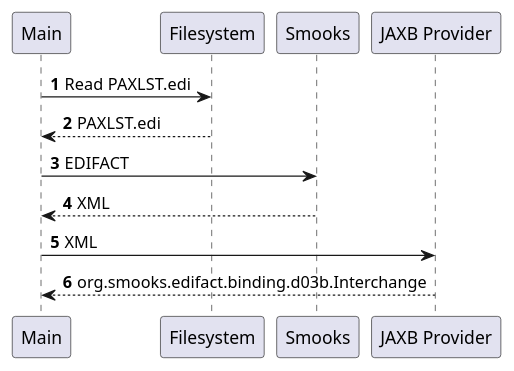
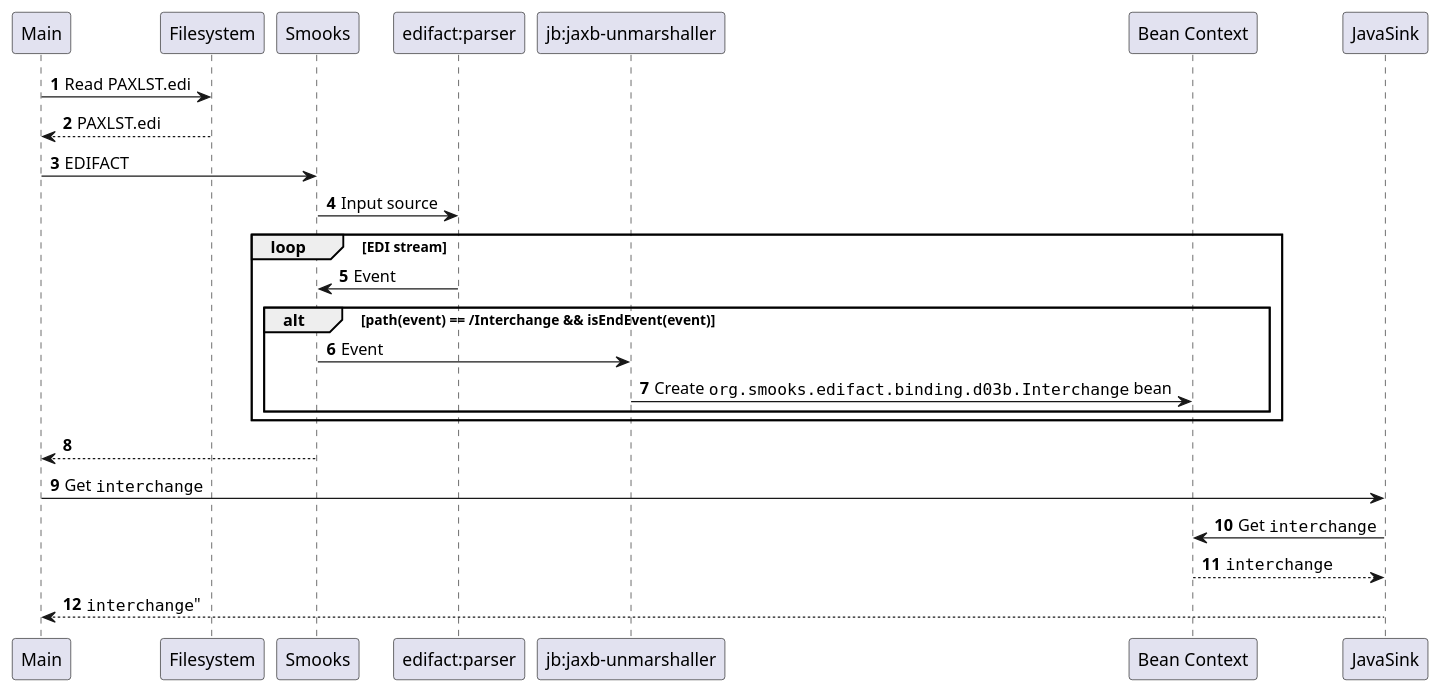
One commit to smooks/smooks-examples changed the diagram in edifact-to-java/docs/edifact-to-java.puml. Above: the diagram before and after it, drawn with PlantUML. The commit also changed 58 other files, not shown here.

Commit message:
refactor: rewrite edifact-to-java and java-to-edifact examples to use the new jaxb-unmarshaller and jaxb-marshaller resources (#517)

```diff
--- a/edifact-to-java/docs/edifact-to-java.puml
+++ b/edifact-to-java/docs/edifact-to-java.puml
@@ -1,10 +1,20 @@
 @startuml
 autonumber
 
 Main -> Filesystem: Read PAXLST.edi
 Filesystem --> Main: PAXLST.edi
 Main -> Smooks: EDIFACT
-Smooks --> Main: XML
-Main -> "JAXB Provider": XML
-Main <-- "JAXB Provider": org.smooks.edifact.binding.d03b.Interchange
+Smooks -> "edifact:parser": Input source
+loop EDI stream
+    Smooks <- "edifact:parser": Event
+    alt path(event) == /Interchange && isEndEvent(event)
+        Smooks -> "jb:jaxb-unmarshaller": Event
+        "jb:jaxb-unmarshaller" -> "Bean Context": Create ""org.smooks.edifact.binding.d03b.Interchange"" bean
+    end
+end
+Smooks --> Main
+Main -> JavaSink: Get ""interchange""
+JavaSink -> "Bean Context": Get ""interchange""
+"Bean Context" --> JavaSink: ""interchange""
+JavaSink --> Main: ""interchange"""
 @enduml
```
